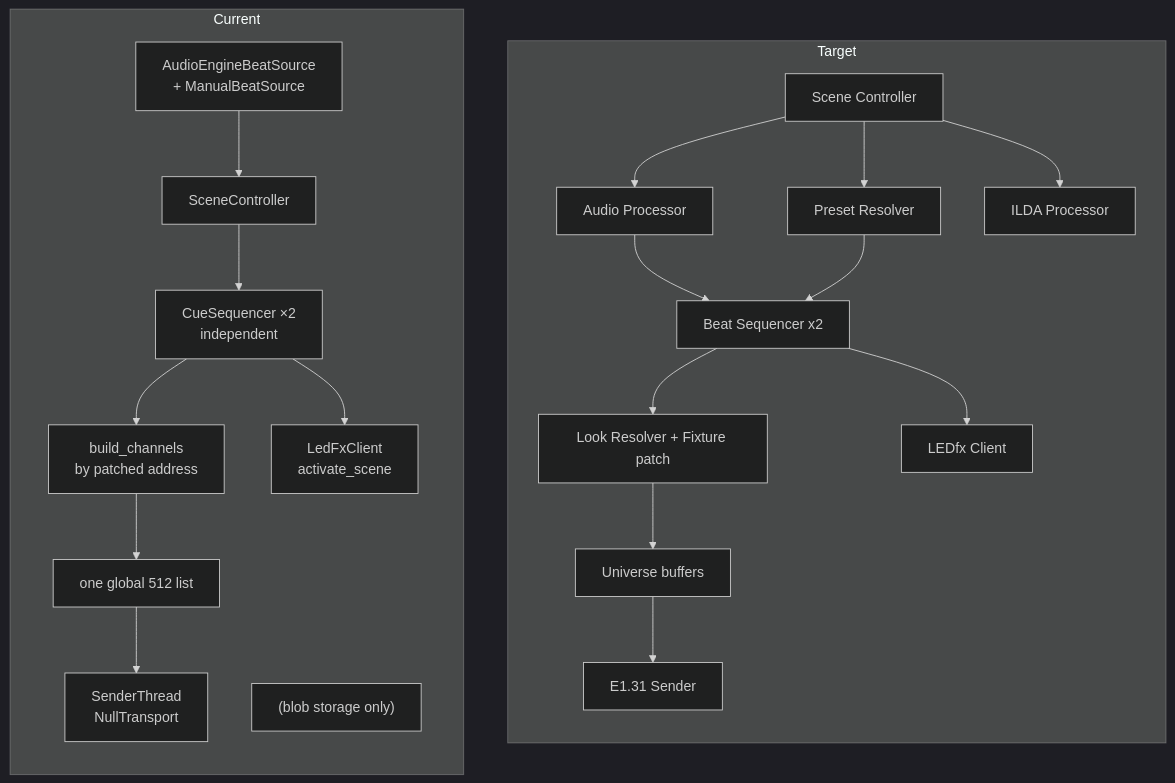
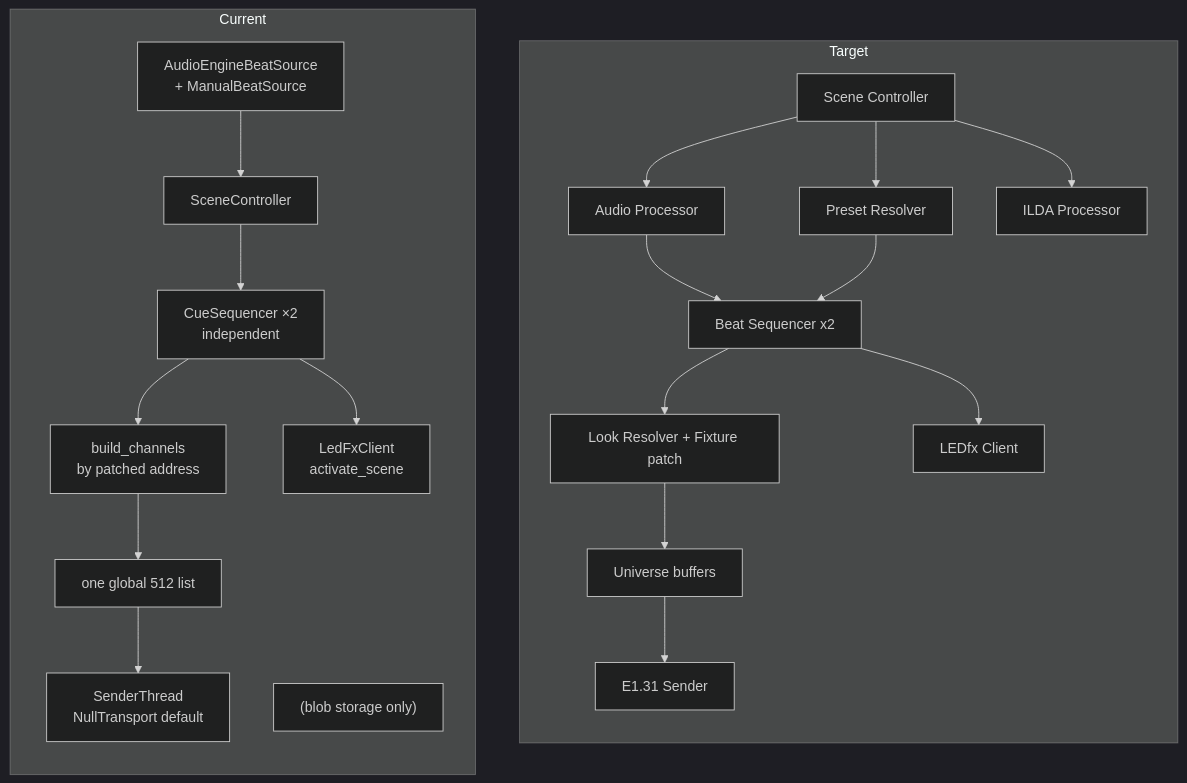
Before and after one commit to glane339/lightsappnew: the tenth of 10 diagrams in docs/architecture.md, drawn with Mermaid (dark theme). The commit also changed other lines of this file and 12 other files, not shown here.

````diff
--- a/docs/architecture.md
+++ b/docs/architecture.md
@@ -494,29 +498,29 @@
 ```mermaid
 flowchart TB
     subgraph T["Target"]
         direction TB
         t1["Scene Controller"] --> t2["Audio Processor"]
         t1 --> t3["Preset Resolver"]
         t2 --> t4["Beat Sequencer x2"]
         t3 --> t4
         t4 --> t5["Look Resolver + Fixture patch"]
         t5 --> t6["Universe buffers"]
         t6 --> t7["E1.31 Sender"]
         t4 --> t8["LEDfx Client"]
         t1 --> t9["ILDA Processor"]
     end
     subgraph C["Current"]
         direction TB
         c1["SceneController"]
         c2["AudioEngineBeatSource<br/>+ ManualBeatSource"]
         c3["CueSequencer ×2<br/>independent"]
         c5["build_channels<br/>by patched address"]
         c6["one global 512 list"]
-        c7["SenderThread<br/>NullTransport"]
+        c7["SenderThread<br/>NullTransport default"]
         c8["LedFxClient<br/>activate_scene"]
         c9["(blob storage only)"]
         c2 --> c1 --> c3
         c3 --> c5 --> c6 --> c7
         c3 --> c8
     end
 ```
````
